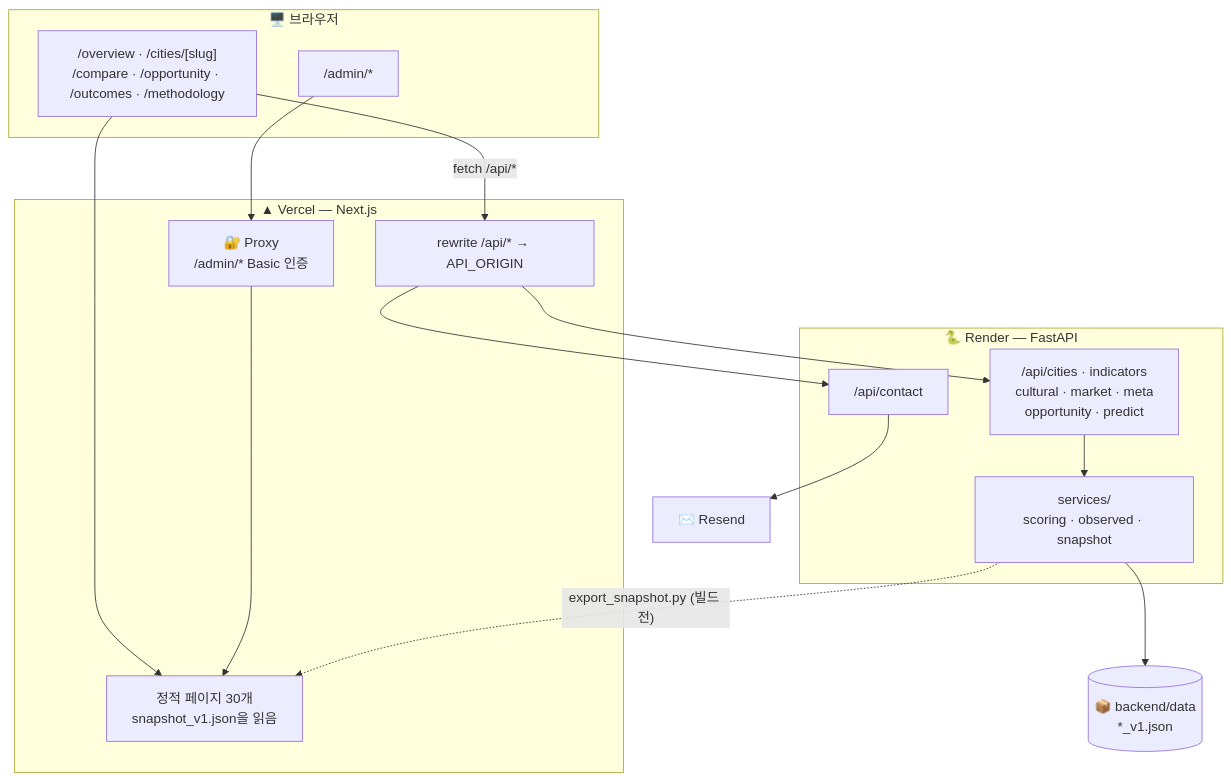
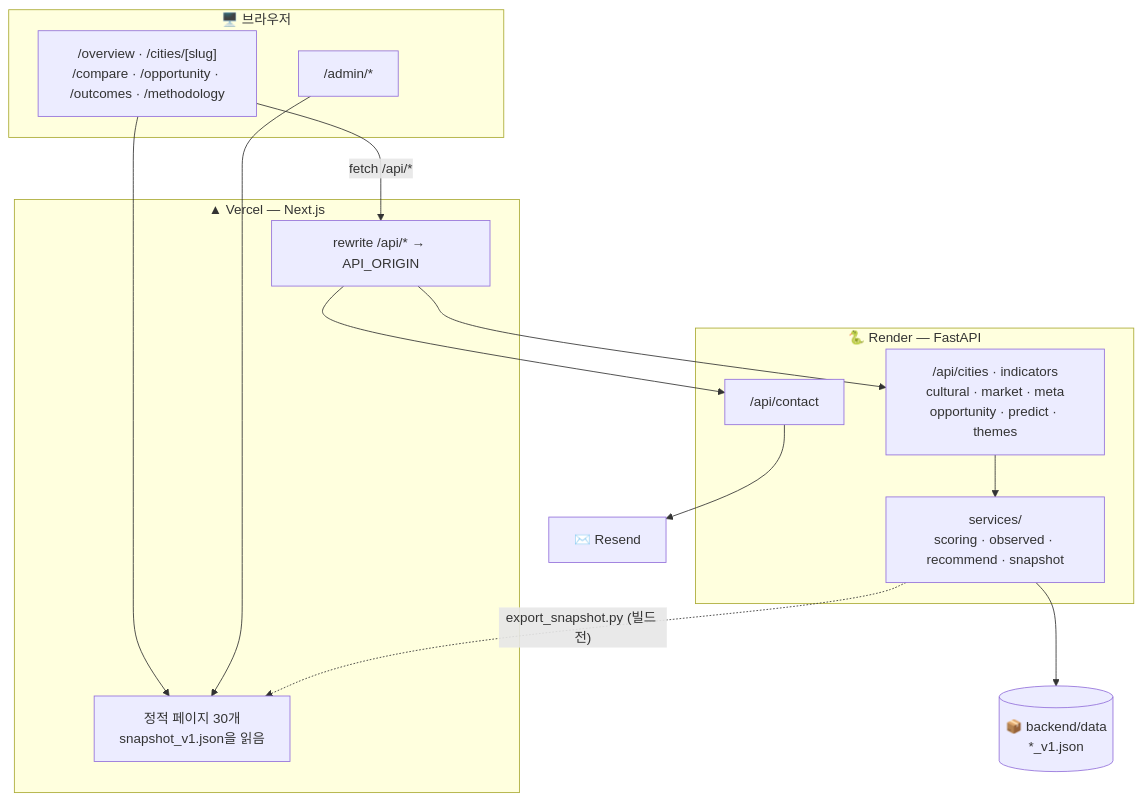
The first of 6 diagrams in README.md (beang66/art-city-intelligence), drawn with Mermaid before and after one commit. The commit also changed other lines of this file and 40 other files, not shown here.

````diff
--- a/README.md
+++ b/README.md
@@ -140,25 +140,24 @@
 ```mermaid
 flowchart TB
     subgraph Client["🖥️ 브라우저"]
         PG["/overview · /cities/[slug]<br>/compare · /opportunity · /outcomes · /methodology"]
         AD["/admin/*"]
     end
     subgraph Vercel["▲ Vercel — Next.js"]
-        PX["🔐 Proxy<br>/admin/* Basic 인증"]
         SSG["정적 페이지 30개<br>snapshot_v1.json을 읽음"]
         RW["rewrite /api/* → API_ORIGIN"]
     end
     subgraph Render["🐍 Render — FastAPI"]
-        R1["/api/cities · indicators<br>cultural · market · meta<br>opportunity · predict"]
+        R1["/api/cities · indicators<br>cultural · market · meta<br>opportunity · predict · themes"]
         R2["/api/contact"]
-        SV["services/<br>scoring · observed · snapshot"]
+        SV["services/<br>scoring · observed · recommend · snapshot"]
     end
     D[("📦 backend/data<br>*_v1.json")]
     RS["✉️ Resend"]
     PG --> SSG
-    AD --> PX --> SSG
+    AD --> SSG
     PG -- "fetch /api/*" --> RW --> R1 & R2
     R1 --> SV --> D
     R2 --> RS
     SV -. "export_snapshot.py (빌드 전)" .-> SSG
 ```
````
